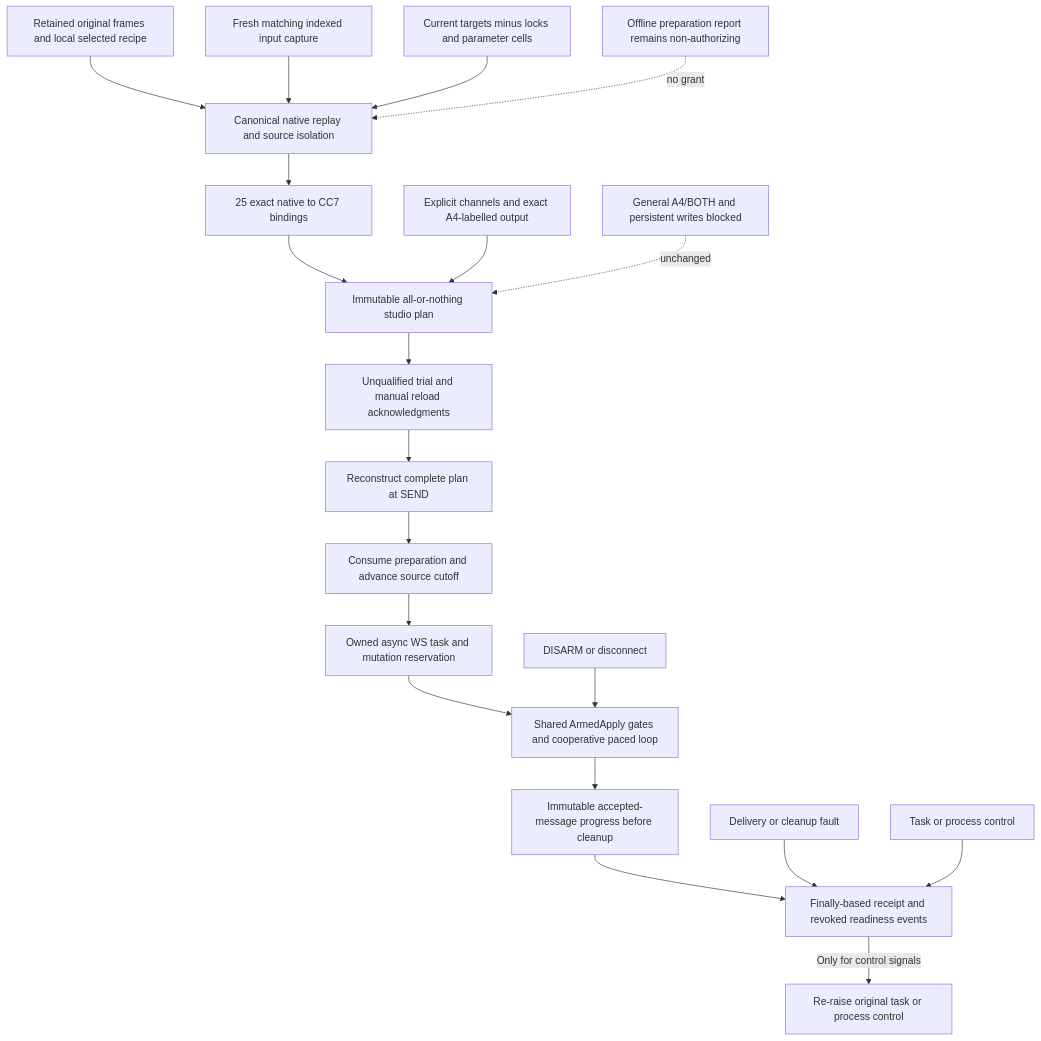
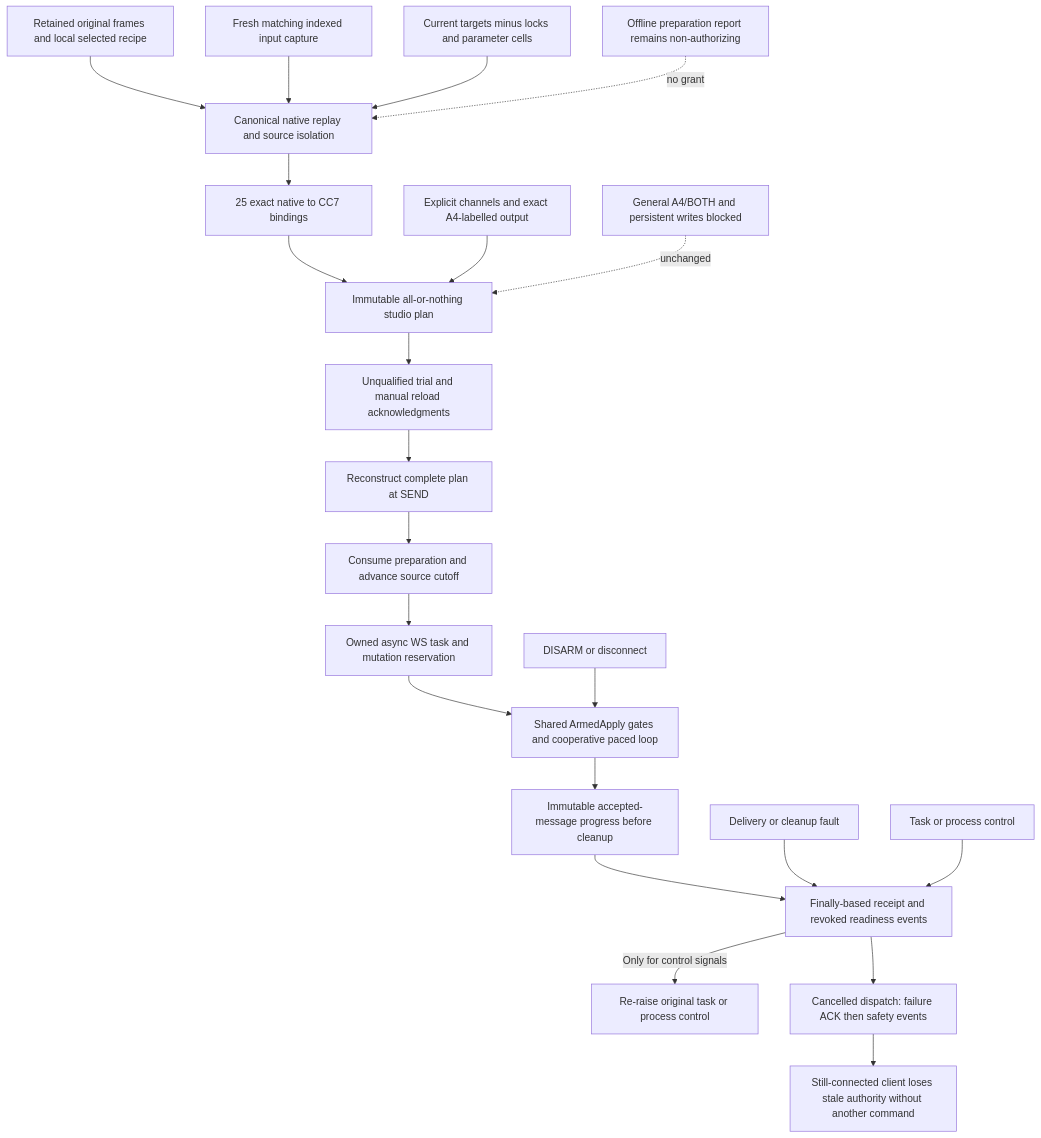
Diagram 42 of 42 in docs/ARCHITECTURE_DIAGRAMS.md (buzzijose-hub/RytmRandomizer), drawn with Mermaid before and after one commit. The commit also changed 11 other files, not shown here.

Commit message:
fix: publish cancelled companion dispatch revocations

````diff
--- a/docs/ARCHITECTURE_DIAGRAMS.md
+++ b/docs/ARCHITECTURE_DIAGRAMS.md
@@ -3562,22 +3562,24 @@
 ```mermaid
 flowchart TD
     Sources[Retained original frames and local selected recipe] --> Verify[Canonical native replay and source isolation]
     Capture[Fresh matching indexed input capture] --> Verify
     Scope[Current targets minus locks and parameter cells] --> Verify
     Verify --> Scalars[25 exact native to CC7 bindings]
     Scalars --> Plan[Immutable all-or-nothing studio plan]
     Routing[Explicit channels and exact A4-labelled output] --> Plan
     Plan --> Confirm[Unqualified trial and manual reload acknowledgments]
     Confirm --> Recheck[Reconstruct complete plan at SEND]
     Recheck --> Consume[Consume preparation and advance source cutoff]
     Consume --> Task[Owned async WS task and mutation reservation]
     Task --> Armed[Shared ArmedApply gates and cooperative paced loop]
     Disarm[DISARM or disconnect] --> Armed
     Armed --> Progress[Immutable accepted-message progress before cleanup]
     Progress --> Receipt[Finally-based receipt and revoked readiness events]
     Fault[Delivery or cleanup fault] --> Receipt
     Control[Task or process control] --> Receipt
     Receipt -->|Only for control signals| Propagate[Re-raise original task or process control]
+    Receipt --> CancelWire[Cancelled dispatch: failure ACK then safety events]
+    CancelWire --> Connected[Still-connected client loses stale authority without another command]
     Holds[General A4/BOTH and persistent writes blocked] -. unchanged .-> Plan
     Offline[Offline preparation report remains non-authorizing] -. no grant .-> Verify
 ```
````
